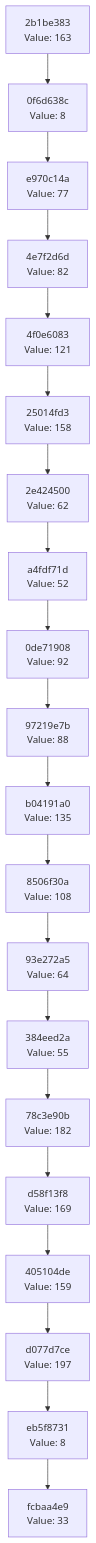
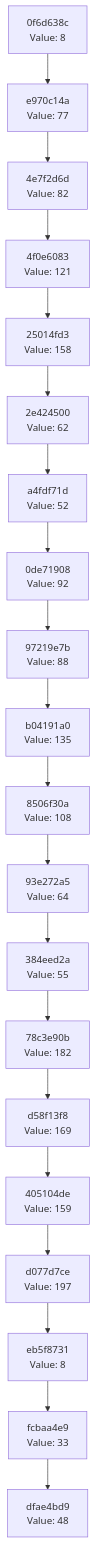
Before and after one commit to Abhisheksinha1506/hash-chain-evolver: the diagram in docs/CHAIN_VISUALIZATION.md, drawn with Mermaid. The commit also changed 3 other files, not shown here.

````diff
--- a/docs/CHAIN_VISUALIZATION.md
+++ b/docs/CHAIN_VISUALIZATION.md
@@ -3,42 +3,42 @@
 ```mermaid
 graph TD
-    C0["fcbaa4e9<br/>Value: 33"]
-    C1["eb5f8731<br/>Value: 8"]
+    C0["dfae4bd9<br/>Value: 48"]
+    C1["fcbaa4e9<br/>Value: 33"]
     C1 --> C0
-    C2["d077d7ce<br/>Value: 197"]
+    C2["eb5f8731<br/>Value: 8"]
     C2 --> C1
-    C3["405104de<br/>Value: 159"]
+    C3["d077d7ce<br/>Value: 197"]
     C3 --> C2
-    C4["d58f13f8<br/>Value: 169"]
+    C4["405104de<br/>Value: 159"]
     C4 --> C3
-    C5["78c3e90b<br/>Value: 182"]
+    C5["d58f13f8<br/>Value: 169"]
     C5 --> C4
-    C6["384eed2a<br/>Value: 55"]
+    C6["78c3e90b<br/>Value: 182"]
     C6 --> C5
-    C7["93e272a5<br/>Value: 64"]
+    C7["384eed2a<br/>Value: 55"]
     C7 --> C6
-    C8["8506f30a<br/>Value: 108"]
+    C8["93e272a5<br/>Value: 64"]
     C8 --> C7
-    C9["b04191a0<br/>Value: 135"]
+    C9["8506f30a<br/>Value: 108"]
     C9 --> C8
-    C10["97219e7b<br/>Value: 88"]
+    C10["b04191a0<br/>Value: 135"]
     C10 --> C9
-    C11["0de71908<br/>Value: 92"]
+    C11["97219e7b<br/>Value: 88"]
     C11 --> C10
-    C12["a4fdf71d<br/>Value: 52"]
+    C12["0de71908<br/>Value: 92"]
     C12 --> C11
-    C13["2e424500<br/>Value: 62"]
+    C13["a4fdf71d<br/>Value: 52"]
     C13 --> C12
-    C14["25014fd3<br/>Value: 158"]
+    C14["2e424500<br/>Value: 62"]
     C14 --> C13
-    C15["4f0e6083<br/>Value: 121"]
+    C15["25014fd3<br/>Value: 158"]
     C15 --> C14
-    C16["4e7f2d6d<br/>Value: 82"]
+    C16["4f0e6083<br/>Value: 121"]
     C16 --> C15
-    C17["e970c14a<br/>Value: 77"]
+    C17["4e7f2d6d<br/>Value: 82"]
     C17 --> C16
-    C18["0f6d638c<br/>Value: 8"]
+    C18["e970c14a<br/>Value: 77"]
     C18 --> C17
-    C19["2b1be383<br/>Value: 163"]
+    C19["0f6d638c<br/>Value: 8"]
     C19 --> C18
 ```
````
